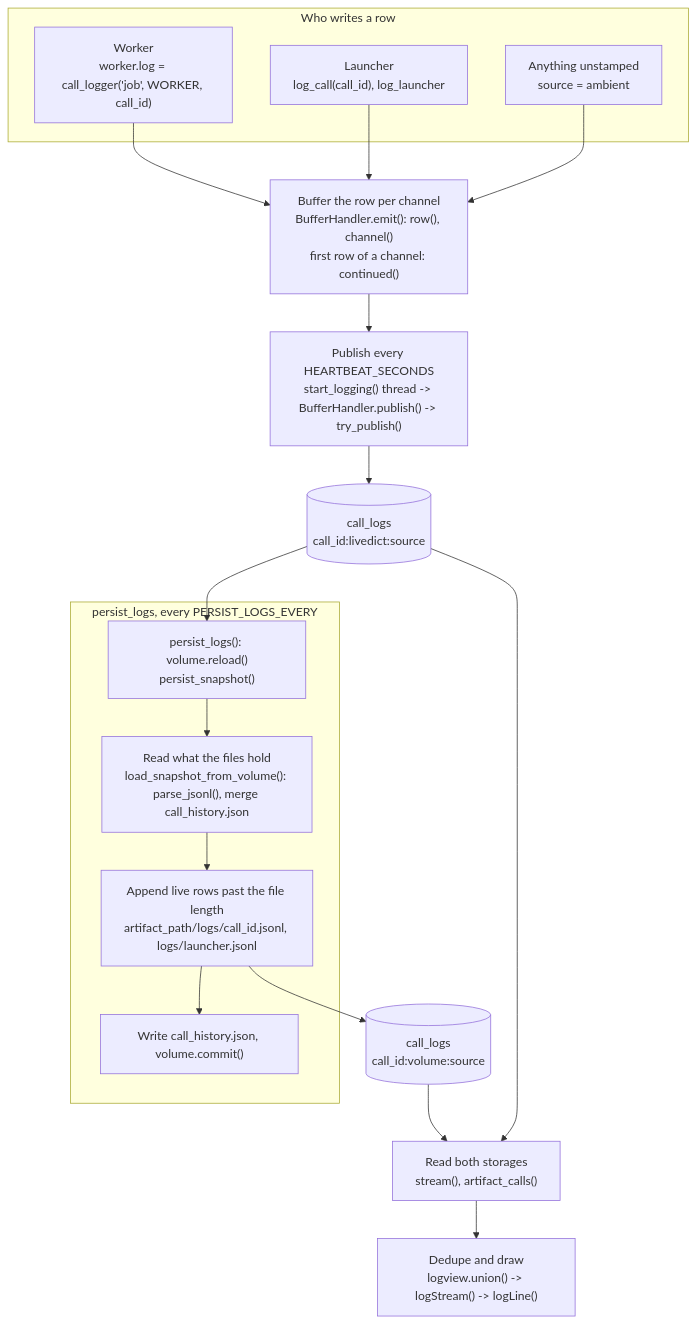
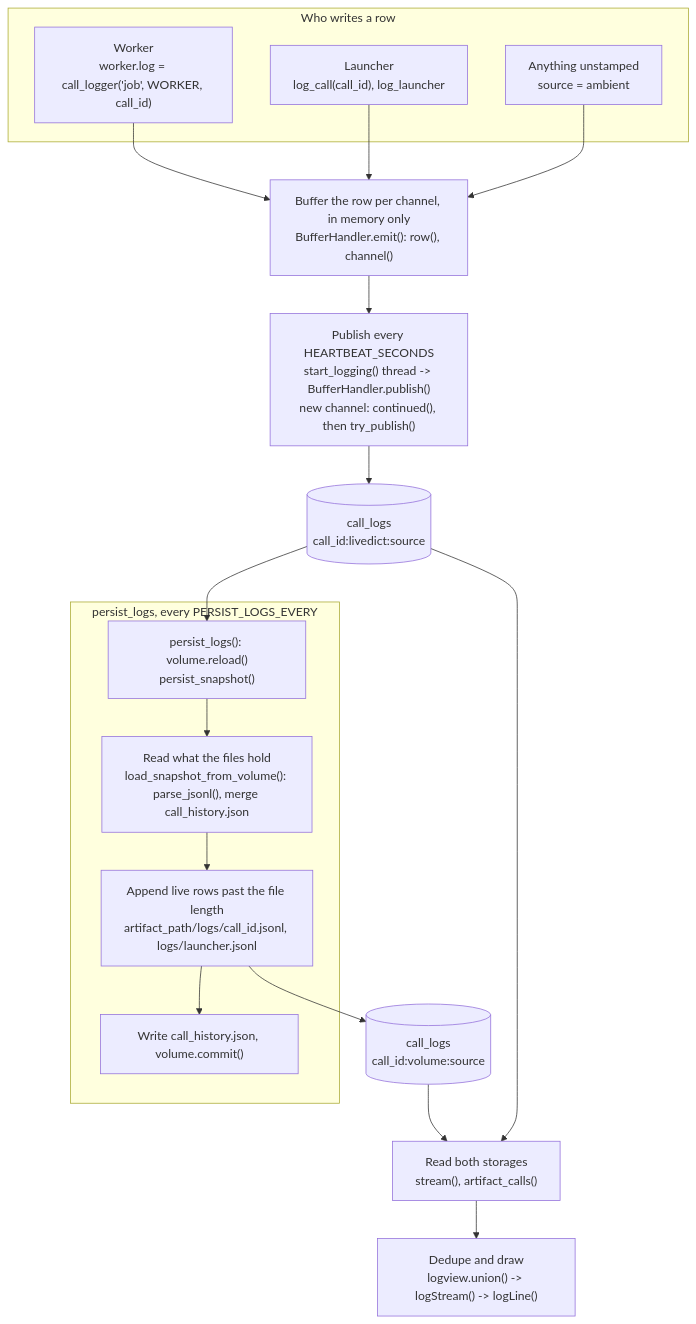
The diagram in docs/logging.md (ocanphys/launchpad), drawn with Mermaid before and after one commit. The commit also changed other lines of this file and 43 other files, not shown here.

````diff
--- a/docs/logging.md
+++ b/docs/logging.md
@@ -60,25 +32,25 @@
 ```mermaid
 flowchart TD
   subgraph writers ["Who writes a row"]
     WL["Worker<br/>worker.log = call_logger('job', WORKER, call_id)"]
     LL["Launcher<br/>log_call(call_id), log_launcher"]
     AL["Anything unstamped<br/>source = ambient"]
   end
   WL --> BH
   LL --> BH
   AL --> BH
-  BH["Buffer the row per channel<br/>BufferHandler.emit(): row(), channel()<br/>first row of a channel: continued()"] --> PT["Publish every HEARTBEAT_SECONDS<br/>start_logging() thread -> BufferHandler.publish() -> try_publish()"]
+  BH["Buffer the row per channel, in memory only<br/>BufferHandler.emit(): row(), channel()"] --> PT["Publish every HEARTBEAT_SECONDS<br/>start_logging() thread -> BufferHandler.publish()<br/>new channel: continued(), then try_publish()"]
   PT --> LIVE[("call_logs<br/>call_id:livedict:source")]
 
   subgraph persist ["persist_logs, every PERSIST_LOGS_EVERY"]
     PS["persist_logs(): volume.reload()<br/>persist_snapshot()"] --> LS["Read what the files hold<br/>load_snapshot_from_volume(): parse_jsonl(), merge call_history.json"]
     LS --> AP["Append live rows past the file length<br/>artifact_path/logs/call_id.jsonl, logs/launcher.jsonl"]
     AP --> CH["Write call_history.json, volume.commit()"]
   end
   LIVE --> PS
   AP --> VOL[("call_logs<br/>call_id:volume:source")]
 
   LIVE --> RD["Read both storages<br/>stream(), artifact_calls()"]
   VOL --> RD
   RD --> UI["Dedupe and draw<br/>logview.union() -> logStream() -> logLine()"]
 ```
````
